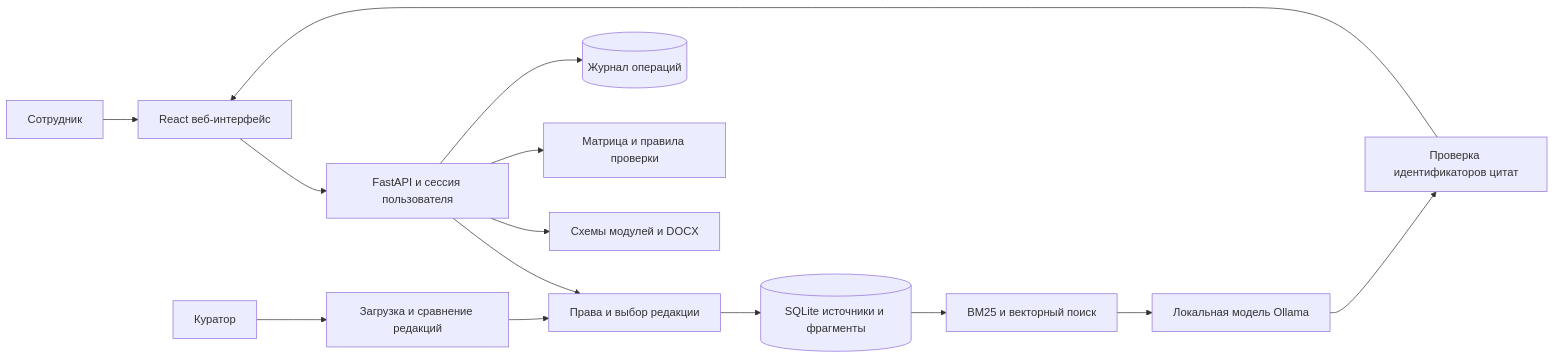
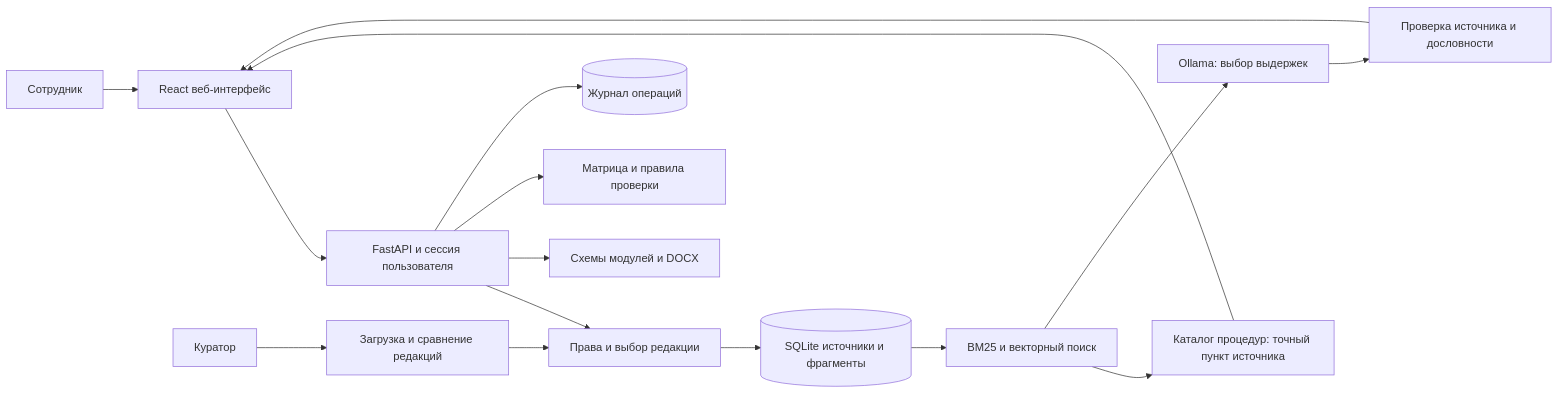
The diagram in docs/ARCHITECTURE.md (gantrack31-pixel/regula-cdobr), drawn with Mermaid before and after one commit. The commit also changed other lines of this file and 34 other files, not shown here.

````diff
--- a/docs/ARCHITECTURE.md
+++ b/docs/ARCHITECTURE.md
@@ -5,16 +5,18 @@
 ```mermaid
 flowchart LR
     U[Сотрудник] --> UI[React веб-интерфейс]
     UI --> API[FastAPI и сессия пользователя]
     API --> ACL[Права и выбор редакции]
     ACL --> KB[(SQLite источники и фрагменты)]
     KB --> S[BM25 и векторный поиск]
-    S --> L[Локальная модель Ollama]
-    L --> V[Проверка идентификаторов цитат]
+    S --> P[Каталог процедур: точный пункт источника]
+    S --> L[Ollama: выбор выдержек]
+    L --> V[Проверка источника и дословности]
+    P --> UI
     V --> UI
     API --> T[Схемы модулей и DOCX]
     API --> R[Матрица и правила проверки]
     API --> A[(Журнал операций)]
     C[Куратор] --> I[Загрузка и сравнение редакций]
     I --> ACL
 ```
````
